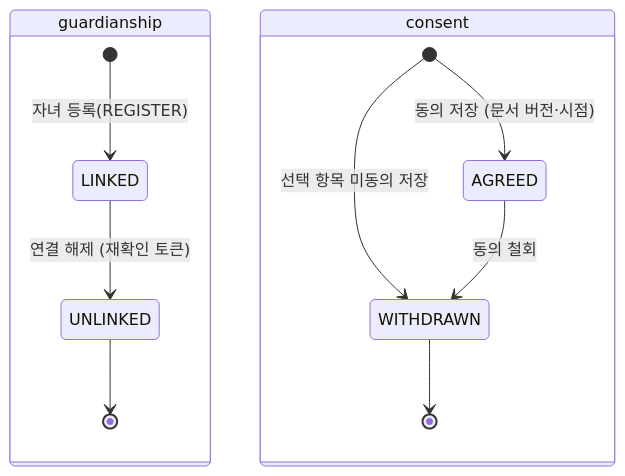
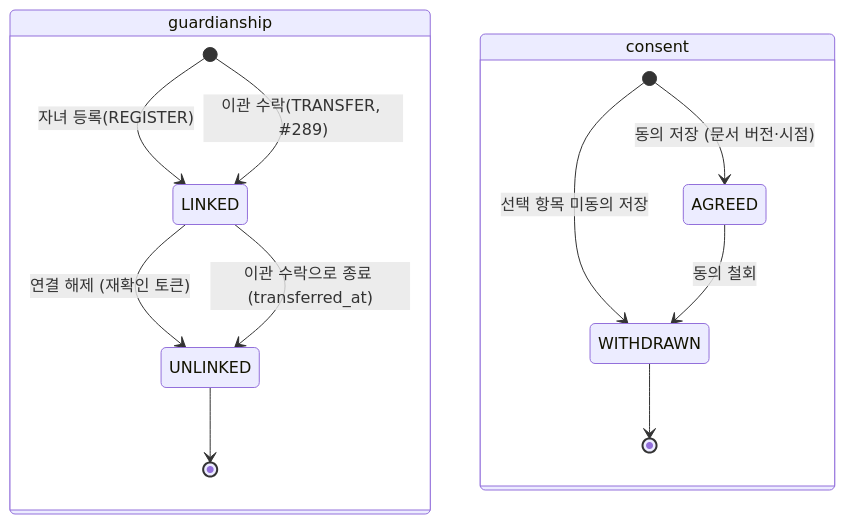
Before and after one commit to SKNETWORKS-FAMILY-AICAMP/SKN34-FINAL-3TEAM: the third of 19 diagrams in docs/design/state-diagram.md, drawn with Mermaid. The commit also changed other lines of this file and 6 other files, not shown here.

````diff
--- a/docs/design/state-diagram.md
+++ b/docs/design/state-diagram.md
@@ -80,14 +81,16 @@
 ```mermaid
 stateDiagram-v2
   state guardianship {
     [*] --> LINKED: 자녀 등록(REGISTER)
+    [*] --> LINKED: 이관 수락(TRANSFER, #289)
     LINKED --> UNLINKED: 연결 해제 (재확인 토큰)
+    LINKED --> UNLINKED: 이관 수락으로 종료 (transferred_at)
     UNLINKED --> [*]
   }
   state consent {
     [*] --> AGREED: 동의 저장 (문서 버전·시점)
     [*] --> WITHDRAWN: 선택 항목 미동의 저장
     AGREED --> WITHDRAWN: 동의 철회
     WITHDRAWN --> [*]
   }
 ```
````
